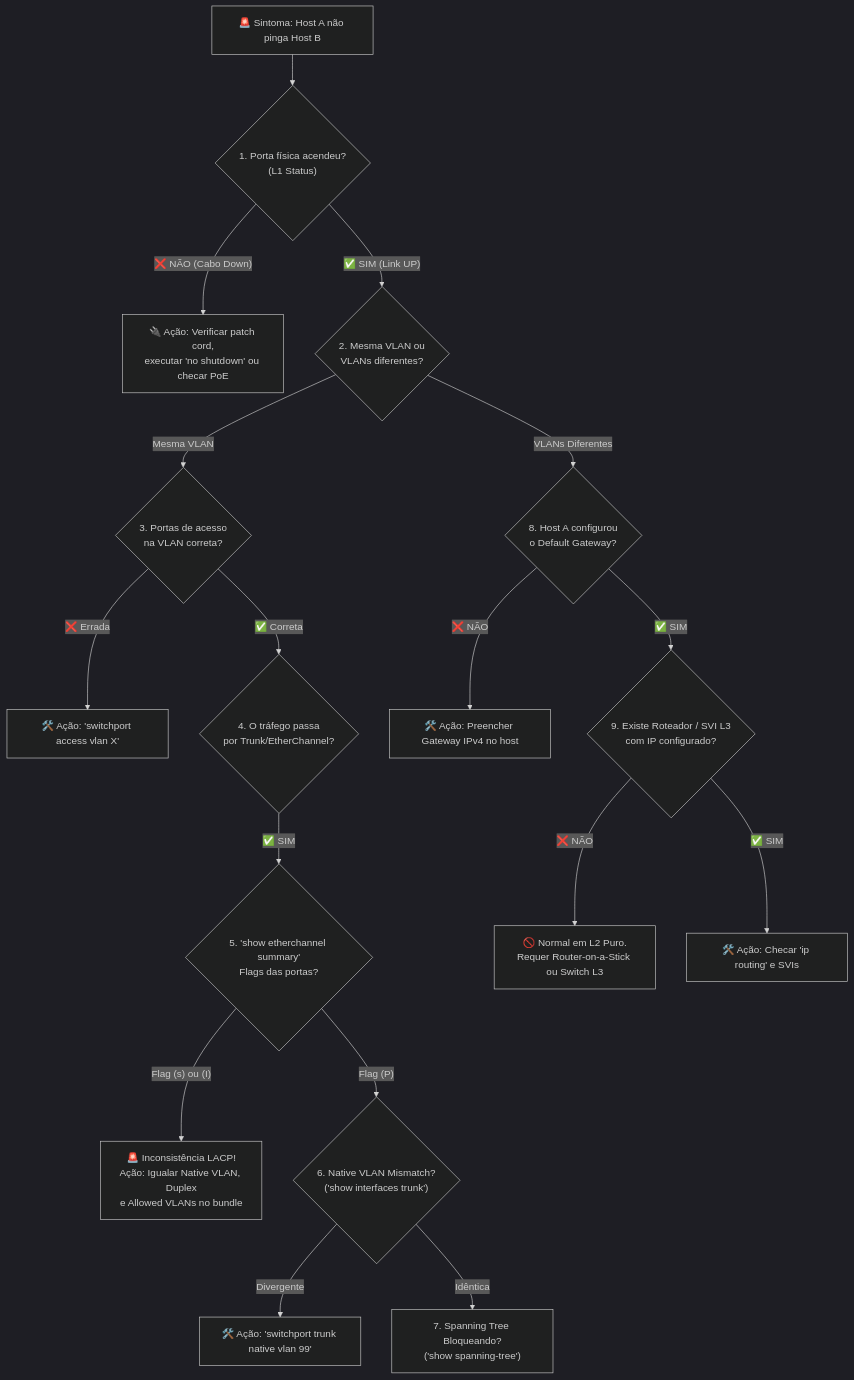
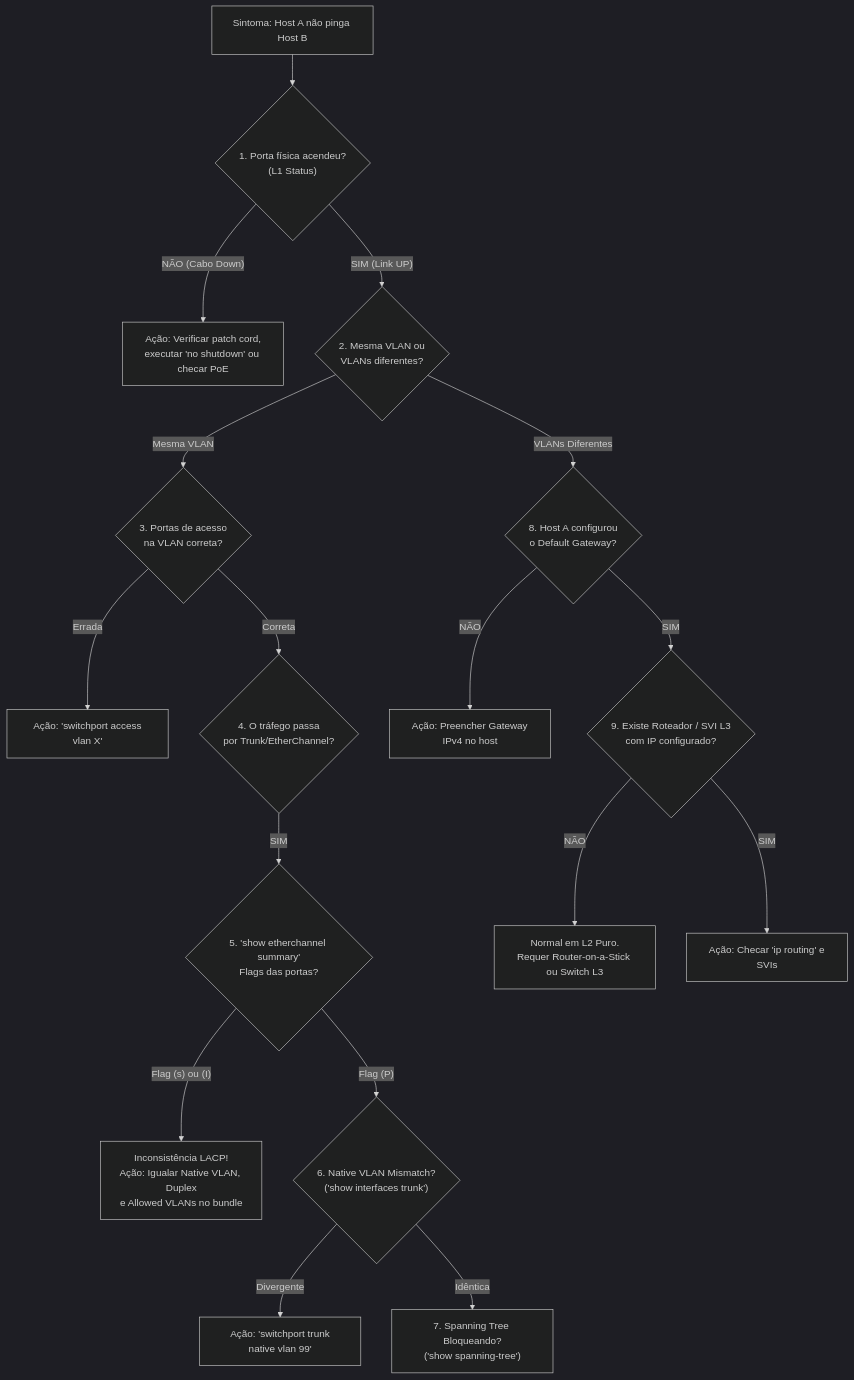
The diagram in 01 - Disciplinas/Estudos Avançados em Ciências da Computação/Aulas/Recursos e Ferramentas Interativas/Árvore de Decisão - Troubleshooting de Redes L2 e L3.md (Taiwansz/CS-Vault-2026), drawn with Mermaid (dark theme) before and after one commit. The commit also changed other lines of this file and 132 other files, not shown here.

Commit message:
refactor(graph): interconexao profunda de todo o cofre, eliminacao de nos orfaos e saneamento de emojis

````diff
--- a/01 - Disciplinas/Estudos Avançados em Ciências da Computação/Aulas/Recursos e Ferramentas Interativas/Árvore de Decisão - Troubleshooting de Redes L2 e L3.md
+++ b/01 - Disciplinas/Estudos Avançados em Ciências da Computação/Aulas/Recursos e Ferramentas Interativas/Árvore de Decisão - Troubleshooting de Redes L2 e L3.md
@@ -24,23 +28,23 @@
 ```mermaid
 graph TD
-    Start["🚨 Sintoma: Host A não pinga Host B"] --> CheckL1{"1. Porta física acendeu?<br/>(L1 Status)"}
-    
-    CheckL1 -- "❌ NÃO (Cabo Down)" --> FixL1["🔌 Ação: Verificar patch cord,<br/>executar 'no shutdown' ou checar PoE"]
-    CheckL1 -- "✅ SIM (Link UP)" --> CheckVLAN{"2. Mesma VLAN ou<br/>VLANs diferentes?"}
+ Start[" Sintoma: Host A não pinga Host B"] --> CheckL1{"1. Porta física acendeu?<br/>(L1 Status)"}
 
-    CheckVLAN -- "Mesma VLAN" --> CheckAccess{"3. Portas de acesso<br/>na VLAN correta?"}
-    CheckAccess -- "❌ Errada" --> FixAccess["🛠️ Ação: 'switchport access vlan X'"]
-    CheckAccess -- "✅ Correta" --> CheckTrunk{"4. O tráfego passa<br/>por Trunk/EtherChannel?"}
-    
-    CheckTrunk -- "✅ SIM" --> CheckPo{"5. 'show etherchannel summary'<br/>Flags das portas?"}
-    CheckPo -- "Flag (s) ou (I)" --> FixLACP["🚨 Inconsistência LACP!<br/>Ação: Igualar Native VLAN, Duplex<br/>e Allowed VLANs no bundle"]
-    CheckPo -- "Flag (P)" --> CheckNative{"6. Native VLAN Mismatch?<br/>('show interfaces trunk')"}
-    CheckNative -- "Divergente" --> FixNative["🛠️ Ação: 'switchport trunk native vlan 99'"]
-    CheckNative -- "Idêntica" --> CheckSTP["7. Spanning Tree Bloqueando?<br/>('show spanning-tree')"]
+ CheckL1 -- " NÃO (Cabo Down)" --> FixL1[" Ação: Verificar patch cord,<br/>executar 'no shutdown' ou checar PoE"]
+ CheckL1 -- " SIM (Link UP)" --> CheckVLAN{"2. Mesma VLAN ou<br/>VLANs diferentes?"}
 
-    CheckVLAN -- "VLANs Diferentes" --> CheckGW{"8. Host A configurou<br/>o Default Gateway?"}
-    CheckGW -- "❌ NÃO" --> FixGW["🛠️ Ação: Preencher Gateway IPv4 no host"]
-    CheckGW -- "✅ SIM" --> CheckL3{"9. Existe Roteador / SVI L3<br/>com IP configurado?"}
-    CheckL3 -- "❌ NÃO" --> FixL3["🚫 Normal em L2 Puro.<br/>Requer Router-on-a-Stick ou Switch L3"]
-    CheckL3 -- "✅ SIM" --> FixRouting["🛠️ Ação: Checar 'ip routing' e SVIs"]
+ CheckVLAN -- "Mesma VLAN" --> CheckAccess{"3. Portas de acesso<br/>na VLAN correta?"}
+ CheckAccess -- " Errada" --> FixAccess["️ Ação: 'switchport access vlan X'"]
+ CheckAccess -- " Correta" --> CheckTrunk{"4. O tráfego passa<br/>por Trunk/EtherChannel?"}
+
+ CheckTrunk -- " SIM" --> CheckPo{"5. 'show etherchannel summary'<br/>Flags das portas?"}
+ CheckPo -- "Flag (s) ou (I)" --> FixLACP[" Inconsistência LACP!<br/>Ação: Igualar Native VLAN, Duplex<br/>e Allowed VLANs no bundle"]
+ CheckPo -- "Flag (P)" --> CheckNative{"6. Native VLAN Mismatch?<br/>('show interfaces trunk')"}
+ CheckNative -- "Divergente" --> FixNative["️ Ação: 'switchport trunk native vlan 99'"]
+ CheckNative -- "Idêntica" --> CheckSTP["7. Spanning Tree Bloqueando?<br/>('show spanning-tree')"]
+
+ CheckVLAN -- "VLANs Diferentes" --> CheckGW{"8. Host A configurou<br/>o Default Gateway?"}
+ CheckGW -- " NÃO" --> FixGW["️ Ação: Preencher Gateway IPv4 no host"]
+ CheckGW -- " SIM" --> CheckL3{"9. Existe Roteador / SVI L3<br/>com IP configurado?"}
+ CheckL3 -- " NÃO" --> FixL3[" Normal em L2 Puro.<br/>Requer Router-on-a-Stick ou Switch L3"]
+ CheckL3 -- " SIM" --> FixRouting["️ Ação: Checar 'ip routing' e SVIs"]
 ```
````
